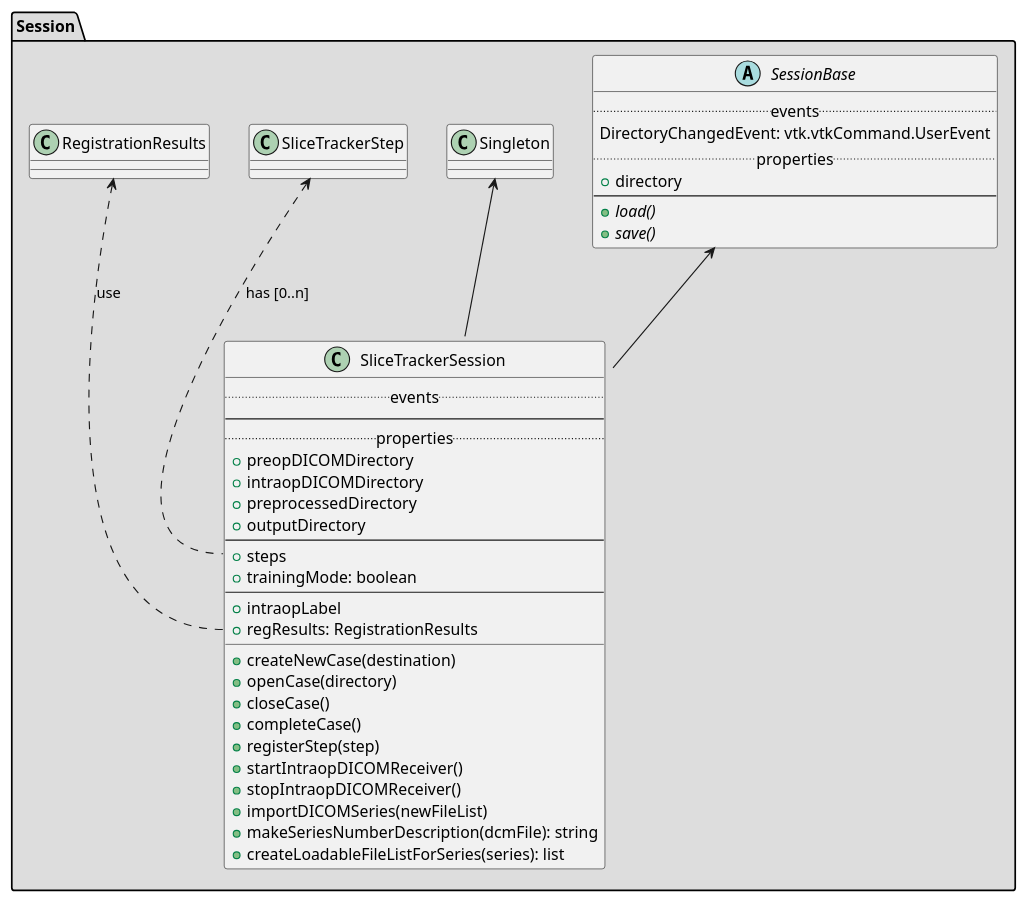
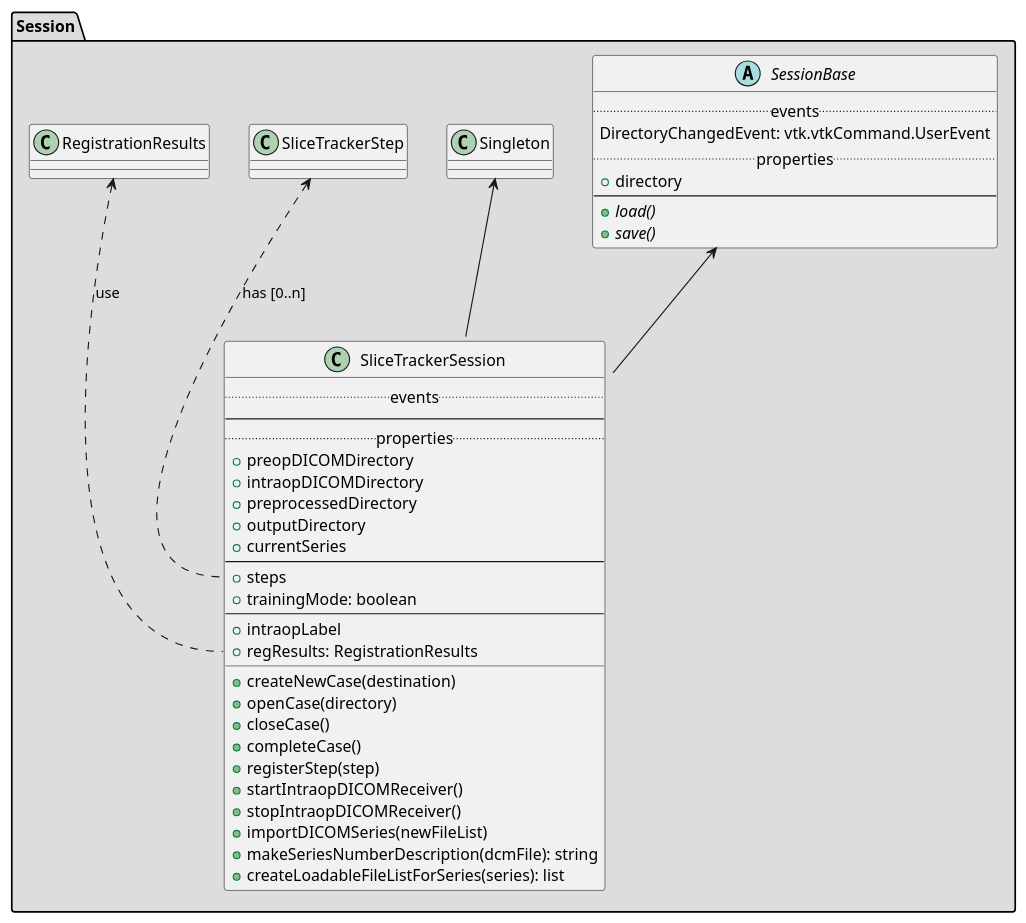
One commit to SlicerProstate/SliceTracker changed the diagram in puml/SliceTrackerSession.puml. Above: the diagram before and after it, drawn with PlantUML. The commit also changed 7 other files, not shown here.

```diff
--- a/puml/SliceTrackerSession.puml
+++ b/puml/SliceTrackerSession.puml
@@ -1,52 +1,53 @@
 @startuml
 
 package "Session" #DDDDDD {
 
   abstract class SessionBase {
     .. events ..
     DirectoryChangedEvent: vtk.vtkCommand.UserEvent
     .. properties ..
     + directory
     --
     + {abstract} load()
     + {abstract} save()
   }
 
 
   Singleton <-- SliceTrackerSession
   SessionBase <-- SliceTrackerSession
 
   class SliceTrackerSession {
     .. events ..
     --
     .. properties ..
     + preopDICOMDirectory
     + intraopDICOMDirectory
     + preprocessedDirectory
     + outputDirectory
+    + currentSeries
     --
     + steps
     + trainingMode: boolean
     --
     + intraopLabel
     + regResults: RegistrationResults
     __
     + createNewCase(destination)
     + openCase(directory)
     + closeCase()
     + completeCase()
     + registerStep(step)
     + startIntraopDICOMReceiver()
     + stopIntraopDICOMReceiver()
     + importDICOMSeries(newFileList)
     + makeSeriesNumberDescription(dcmFile): string
     + createLoadableFileListForSeries(series): list
   }
 
   SliceTrackerStep <.. SliceTrackerSession::steps: has [0..n]
   RegistrationResults <.. SliceTrackerSession::regResults : use
 
 
 }
 
 @enduml
```
